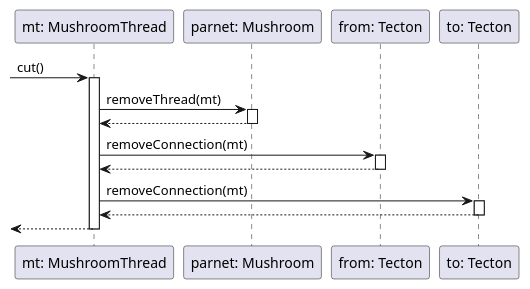
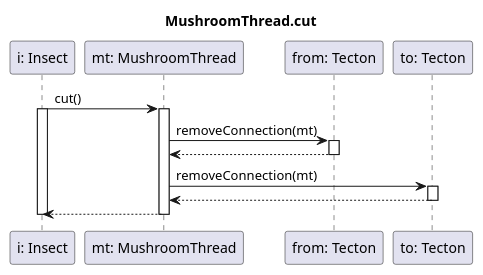
Before and after one commit to dzsem/projlab: the diagram in diagrams/sequence/mushroom/mushroom_thread/cut.wsd, drawn with PlantUML. The commit also changed 4 other files, not shown here.

Commit message:
Fixed muhsroom_thread/createConnection and cut. Deleted decreaseTursnToDie, grow, resetTurnsToDie

```diff
--- a/diagrams/sequence/mushroom/mushroom_thread/cut.wsd
+++ b/diagrams/sequence/mushroom/mushroom_thread/cut.wsd
@@ -1,29 +1,28 @@
 @startuml Cut
+title MushroomThread.cut
+
+participant "i: Insect" as insect
 participant "mt: MushroomThread" as mt
-participant "parnet: Mushroom" as parent
 participant "from: Tecton" as from
 participant "to: Tecton" as to
 
 
--> mt : cut()
+insect -> mt : cut()
+activate insect
 activate mt
-
-mt -> parent: removeThread(mt)
-activate parent
-parent --> mt 
-deactivate parent
 
 mt -> from : removeConnection(mt)
 activate from
 from --> mt
 deactivate from
 
 mt -> to : removeConnection(mt)
 activate to
 to --> mt
 deactivate to
 
-<-- mt
+insect <-- mt
 deactivate mt
+deactivate insect
 
 @enduml
```
